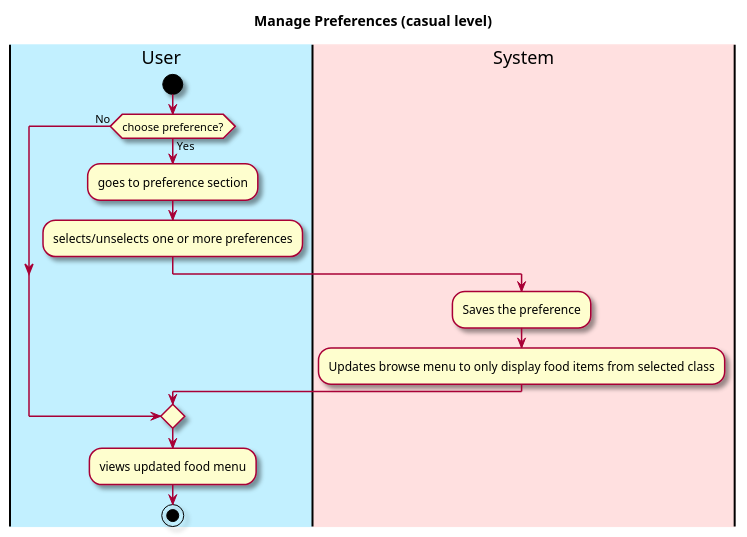
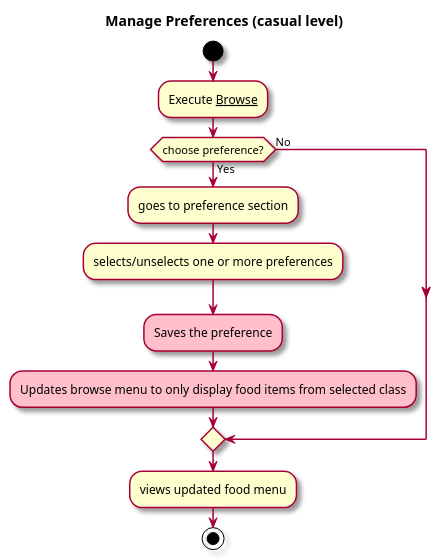
The first of 2 diagrams in intellij/doc/use-cases/use-case-preference.md (EzekielEkanem/team-1d), drawn with PlantUML before and after one commit. The commit also changed 1 other file, not shown here.

Commit message:
Update comment and preference usecase from elaboration 2 feedback

````diff
--- a/intellij/doc/use-cases/use-case-preference.md
+++ b/intellij/doc/use-cases/use-case-preference.md
@@ -26,33 +26,33 @@
 ```plantuml
 @startuml
 
 skin rose
 
 title Manage Preferences (casual level)
 
 'define the lanes
 |#application|User|
-|#implementation|System|
+' Color code: pink for system, green for user.
 
 
 |User|
 
 start  
 
+    :Execute __Browse__;
     if (choose preference?) is (Yes) then
         :goes to preference section;
         :selects/unselects one or more preferences;
         
-        |System|
-        :Saves the preference;
-        :Updates browse menu to only display food items from selected class;
+        #pink:Saves the preference;
+        #pink:Updates browse menu to only display food items from selected class;
         
     else (No)
     endif  
     
     |User|
     :views updated food menu;
 
 stop
 @enduml
 ```
````
